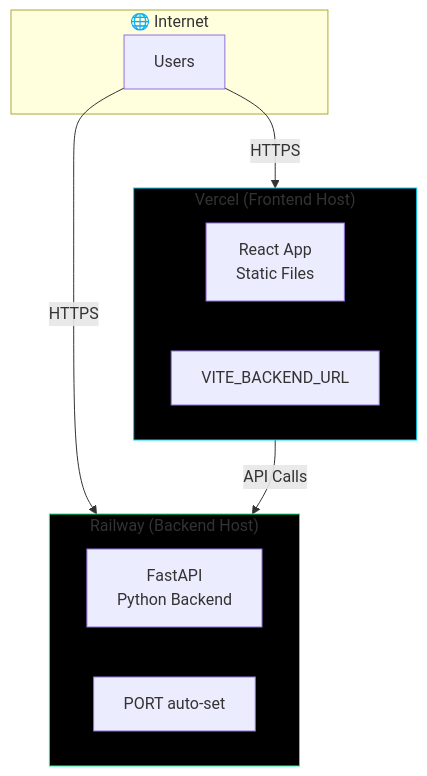
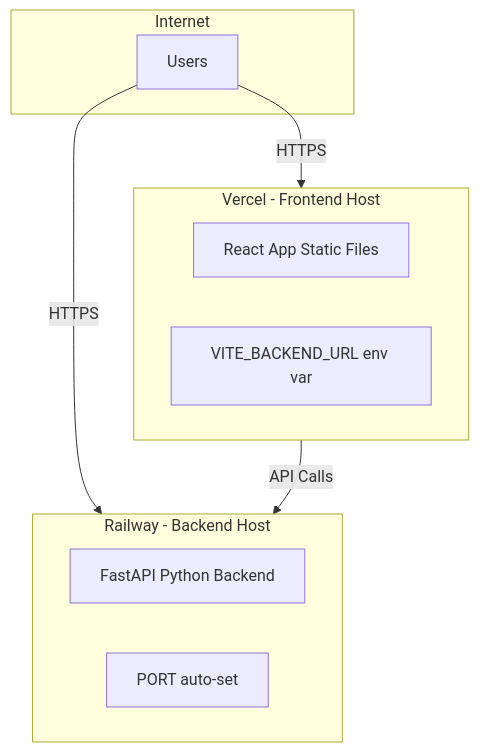
Before and after one commit to alamshoaib134/git-secret-scanner: the sixth of 11 diagrams in architecture/HLD.md, drawn with Mermaid. The commit also changed other lines of this file and 1 other file, not shown here.

First line of the commit message:
Fix Mermaid syntax errors in architecture diagrams

````diff
--- a/architecture/HLD.md
+++ b/architecture/HLD.md
@@ -158,23 +158,20 @@
 ```mermaid
 flowchart TB
-    subgraph Internet["🌐 Internet"]
-        USERS[Users]
+    subgraph Internet["Internet"]
+        USERS["Users"]
     end
 
-    subgraph Vercel["Vercel (Frontend Host)"]
-        REACT_APP[React App<br/>Static Files]
-        ENV1[VITE_BACKEND_URL]
+    subgraph Vercel["Vercel - Frontend Host"]
+        REACT_APP["React App Static Files"]
+        ENV1["VITE_BACKEND_URL env var"]
     end
 
-    subgraph Railway["Railway (Backend Host)"]
-        FASTAPI[FastAPI<br/>Python Backend]
-        ENV2[PORT auto-set]
+    subgraph Railway["Railway - Backend Host"]
+        FASTAPI["FastAPI Python Backend"]
+        ENV2["PORT auto-set"]
     end
 
     USERS -->|HTTPS| Vercel
     USERS -->|HTTPS| Railway
     Vercel -->|API Calls| Railway
-
-    style Vercel fill:#000,stroke:#00d4ff
-    style Railway fill:#000,stroke:#00ff88
 ```
````
